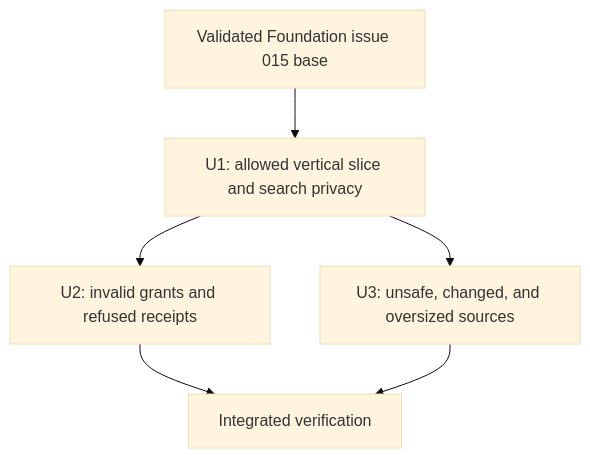
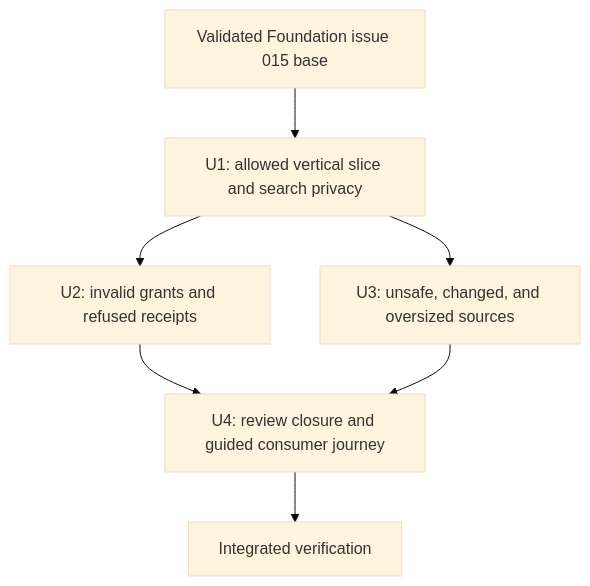
Before and after one commit to filocosta46/dotaios: the third of 3 diagrams in docs/plans/2026-08-10-003-feat-consumer-project-source-retrieval-plan.md, drawn with Mermaid (base theme). The commit also changed other lines of this file and 21 other files, not shown here.

````diff
--- a/docs/plans/2026-08-10-003-feat-consumer-project-source-retrieval-plan.md
+++ b/docs/plans/2026-08-10-003-feat-consumer-project-source-retrieval-plan.md
@@ -284,8 +290,9 @@
 ```mermaid
 flowchart TB
   F["Validated Foundation issue 015 base"] --> U1["U1: allowed vertical slice and search privacy"]
   U1 --> U2["U2: invalid grants and refused receipts"]
   U1 --> U3["U3: unsafe, changed, and oversized sources"]
-  U2 --> V["Integrated verification"]
-  U3 --> V
+  U2 --> U4["U4: review closure and guided consumer journey"]
+  U3 --> U4
+  U4 --> V["Integrated verification"]
 ```
````
